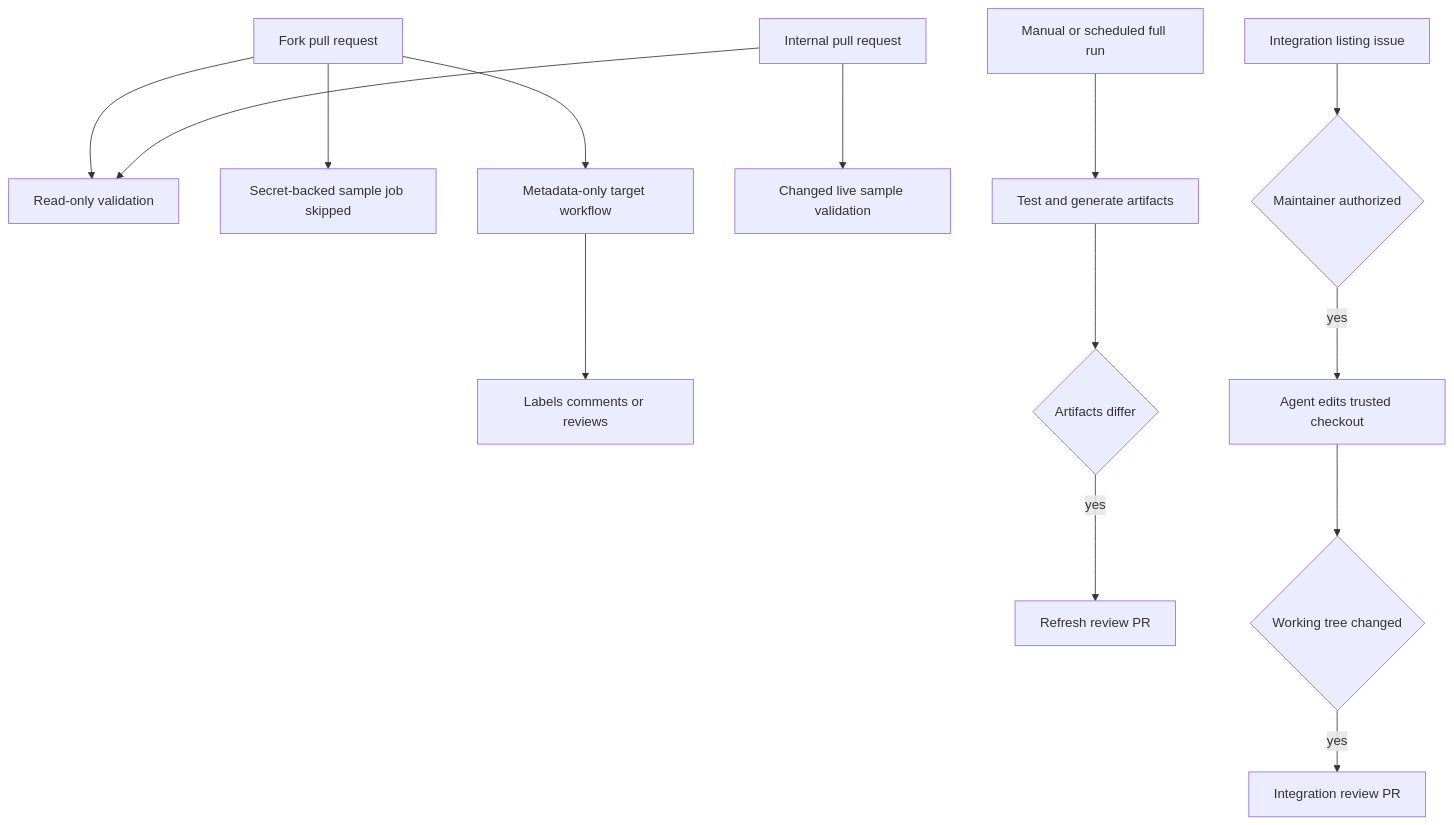
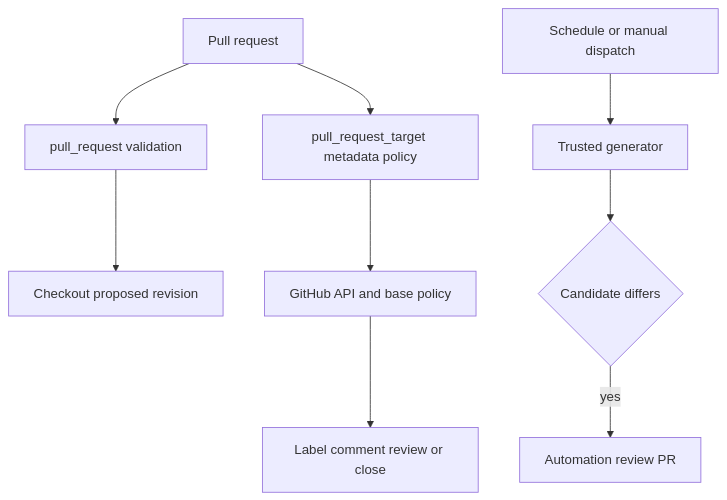
One commit to langchain-ai/docs changed the first of 4 diagrams in openwiki/integrations/github-actions.md. Above: the diagram before and after it, drawn with Mermaid. The commit also changed other lines of this file and 30 other files, not shown here.

````diff
--- a/openwiki/integrations/github-actions.md
+++ b/openwiki/integrations/github-actions.md
@@ -41,16 +51,11 @@
 ```mermaid
 flowchart TD
-  ForkPR["Fork pull request"] --> Validation["Read-only validation"]
-  ForkPR --> Skip["Secret-backed sample job skipped"]
-  ForkPR --> Metadata["Metadata-only target workflow"]
-  Metadata --> Mutation["Labels comments or reviews"]
-  InternalPR["Internal pull request"] --> Validation
-  InternalPR --> Samples["Changed live sample validation"]
-  FullRun["Manual or scheduled full run"] --> Trace["Test and generate artifacts"]
-  Trace --> Changed{"Artifacts differ"}
-  Changed -->|"yes"| RefreshPR["Refresh review PR"]
-  Issue["Integration listing issue"] --> Authorized{"Maintainer authorized"}
-  Authorized -->|"yes"| Agent["Agent edits trusted checkout"]
-  Agent --> AgentChanged{"Working tree changed"}
-  AgentChanged -->|"yes"| ListingPR["Integration review PR"]
+  Pull["Pull request"] --> Validate["pull_request validation"]
+  Pull --> Target["pull_request_target metadata policy"]
+  Validate --> Check["Checkout proposed revision"]
+  Target --> API["GitHub API and base policy"]
+  API --> Mutate["Label comment review or close"]
+  Schedule["Schedule or manual dispatch"] --> Writer["Trusted generator"]
+  Writer --> Diff{"Candidate differs"}
+  Diff -->|"yes"| Review["Automation review PR"]
 ```
````
